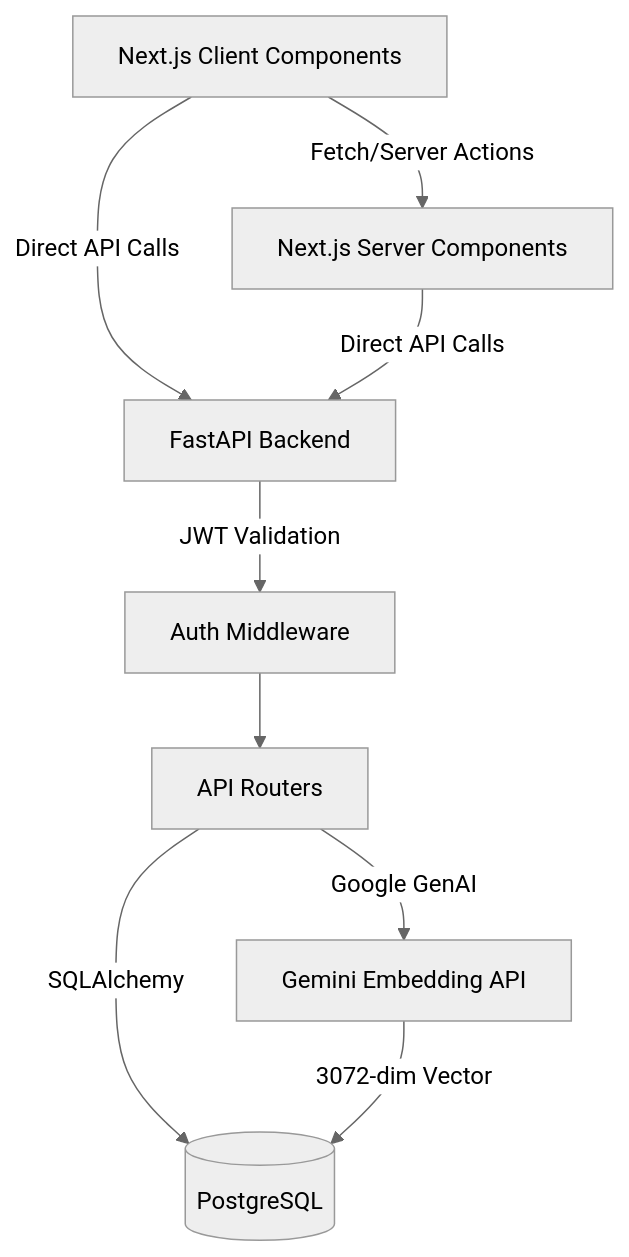
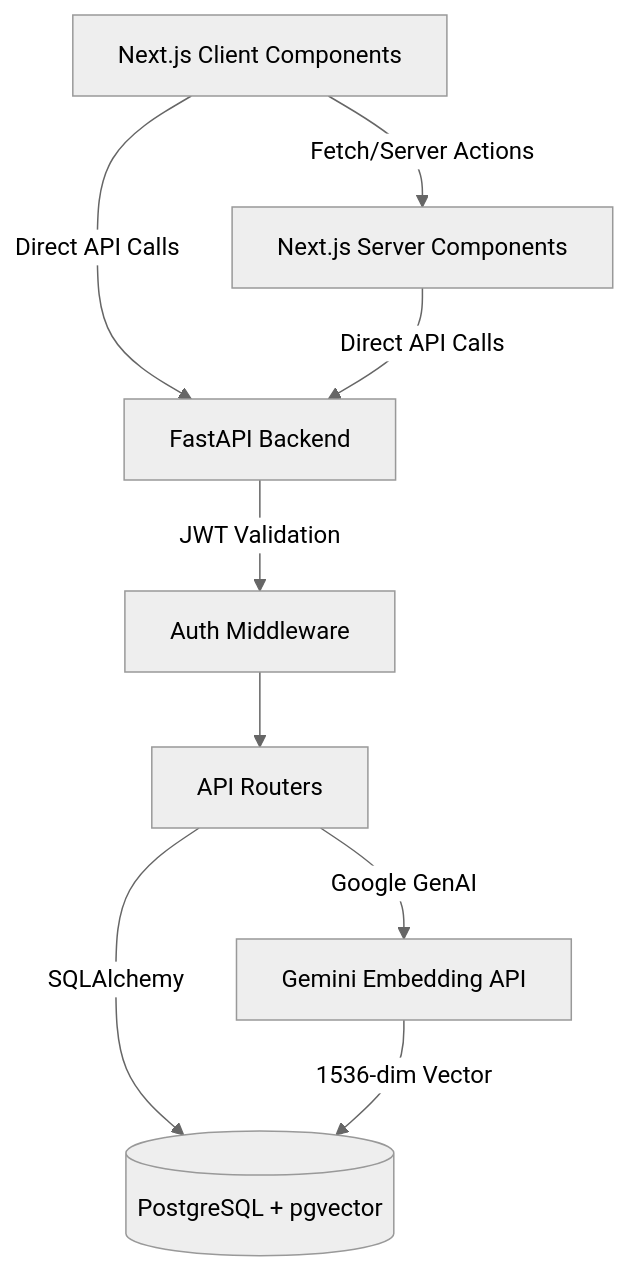
One commit to Shreyansh-kushw/Orbit changed the first of 2 diagrams in README.md. Above: the diagram before and after it, drawn with Mermaid (neutral theme). The commit also changed other lines of this file, not shown here.

````diff
--- a/README.md
+++ b/README.md
@@ -167,13 +168,13 @@
 ```mermaid
 graph TD
     Client[Next.js Client Components] -->|Fetch/Server Actions| Server[Next.js Server Components]
     Client -->|Direct API Calls| API[FastAPI Backend]
     Server -->|Direct API Calls| API
     
     API -->|JWT Validation| Auth[Auth Middleware]
     Auth --> Router[API Routers]
-    Router -->|SQLAlchemy| DB[(PostgreSQL)]
+    Router -->|SQLAlchemy| DB[(PostgreSQL + pgvector)]
     
     Router -->|Google GenAI| Gemini[Gemini Embedding API]
-    Gemini -->|3072-dim Vector| DB
+    Gemini -->|1536-dim Vector| DB
 ```
````
